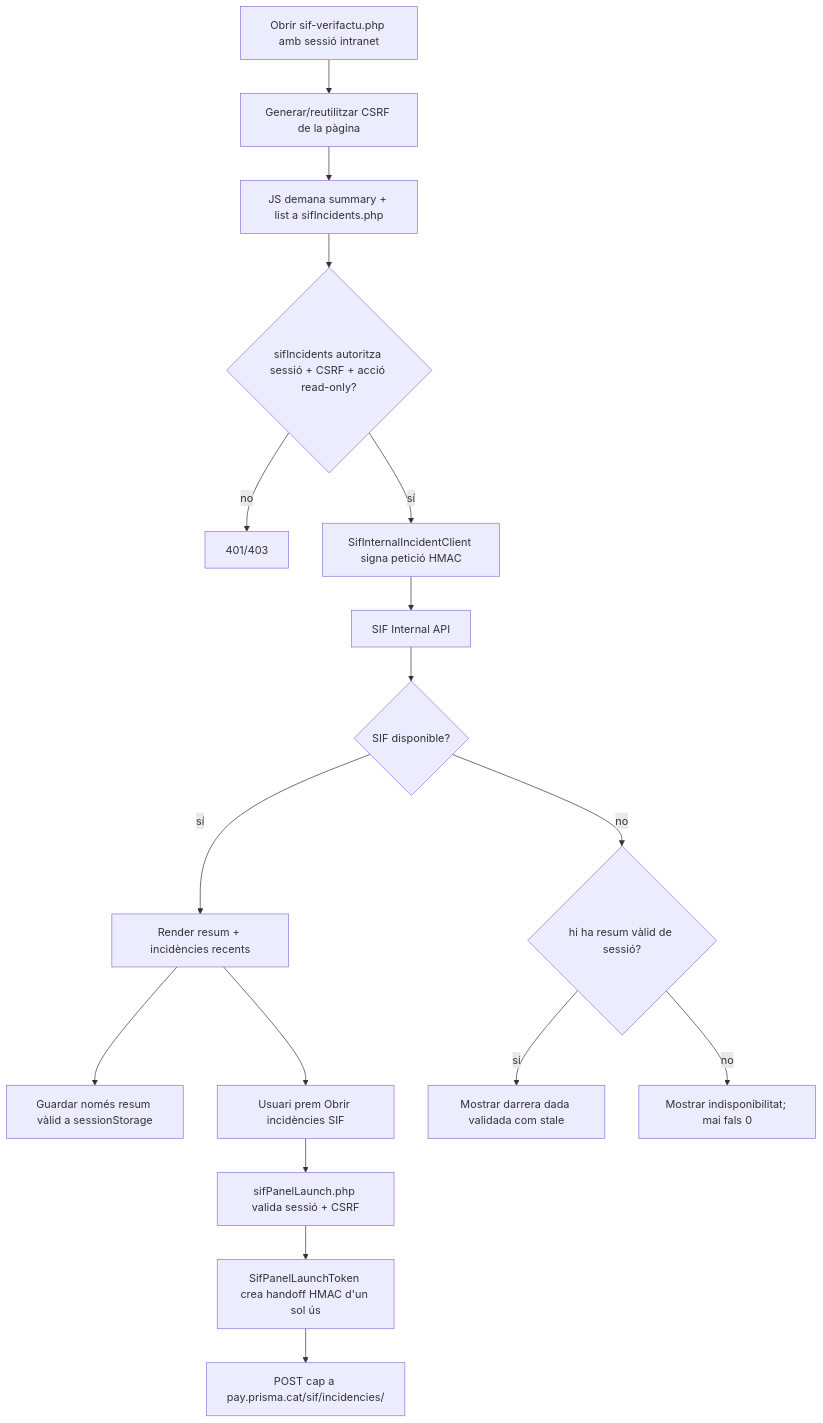
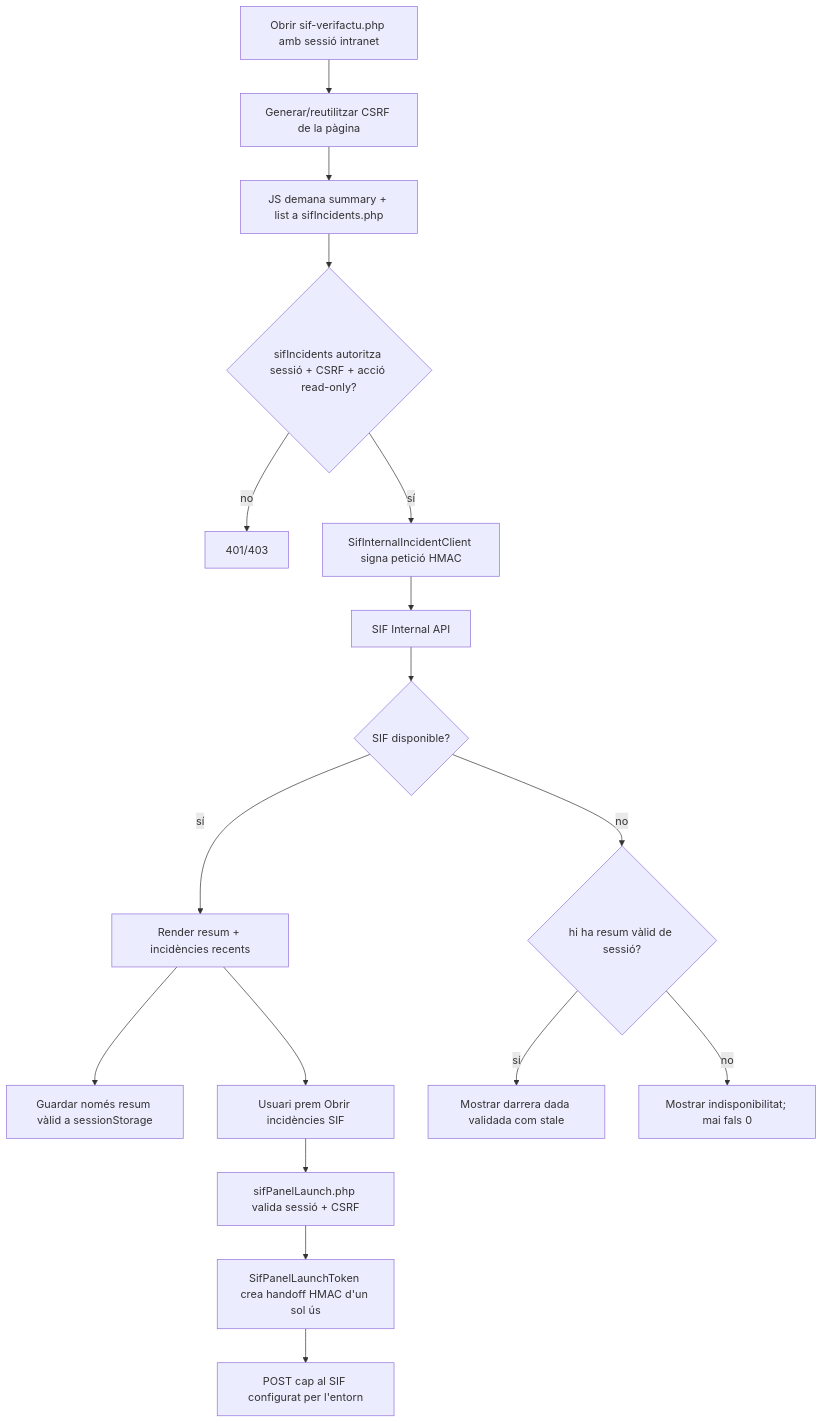
One commit to orgmeriemprismacat-del/verifactu changed diagram 17 of 20 in documentacio/07-uml-integrat/uc-008-activitats-pagines-incidencies-actual-final.md. Above: the diagram before and after it, drawn with Mermaid. The commit also changed other lines of this file, not shown here.

Commit message:
docs(UC-008): afegir activitat acceptacio entorn fail closed

````diff
--- a/documentacio/07-uml-integrat/uc-008-activitats-pagines-incidencies-actual-final.md
+++ b/documentacio/07-uml-integrat/uc-008-activitats-pagines-incidencies-actual-final.md
@@ -245,19 +246,19 @@
 ```mermaid
 flowchart TD
 A[Obrir sif-verifactu.php amb sessió intranet] --> B[Generar/reutilitzar CSRF de la pàgina]
 B --> C[JS demana summary + list a sifIncidents.php]
 C --> D{sifIncidents autoritza sessió + CSRF + acció read-only?}
 D -->|no| E[401/403]
 D -->|sí| F[SifInternalIncidentClient signa petició HMAC]
 F --> G[SIF Internal API]
 G --> H{SIF disponible?}
 H -->|sí| I[Render resum + incidències recents]
 I --> J[Guardar només resum vàlid a sessionStorage]
 H -->|no| K{hi ha resum vàlid de sessió?}
 K -->|sí| L[Mostrar darrera dada validada com stale]
 K -->|no| M[Mostrar indisponibilitat; mai fals 0]
 I --> N[Usuari prem Obrir incidències SIF]
 N --> O[sifPanelLaunch.php valida sessió + CSRF]
 O --> P[SifPanelLaunchToken crea handoff HMAC d'un sol ús]
-P --> Q[POST cap a pay.prisma.cat/sif/incidencies/]
+P --> Q[POST cap al SIF configurat per l'entorn]
 ```
````
